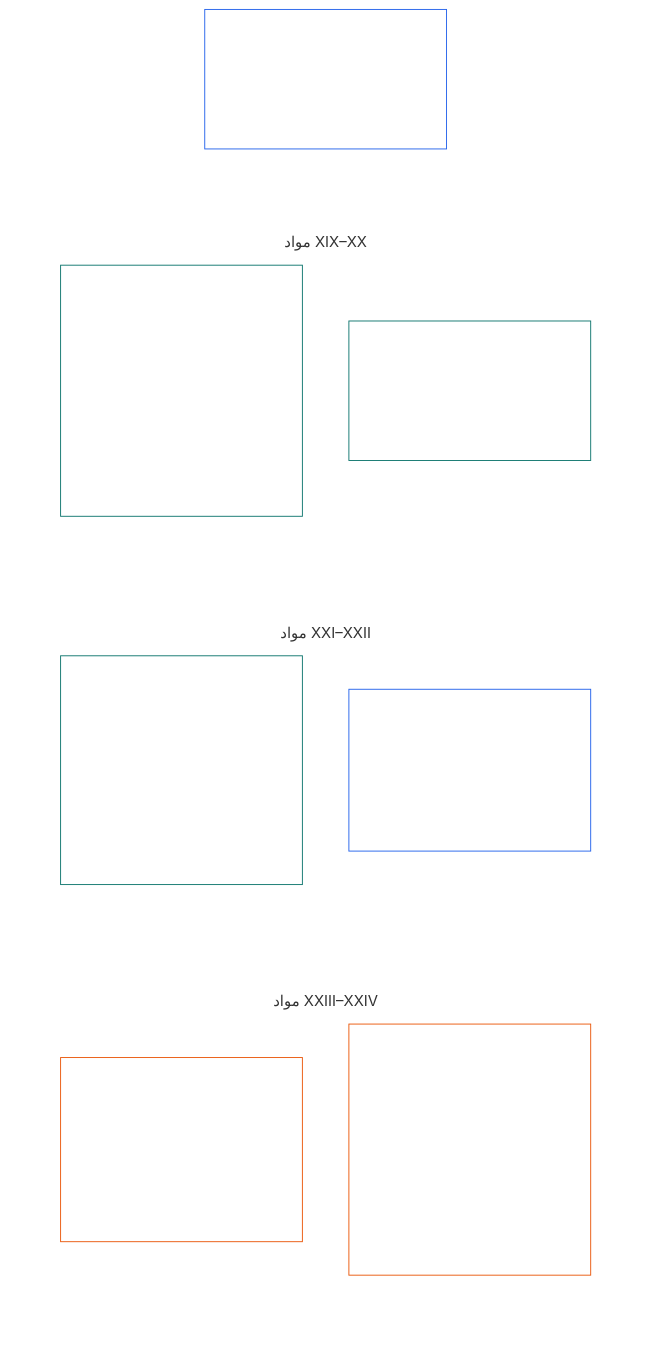
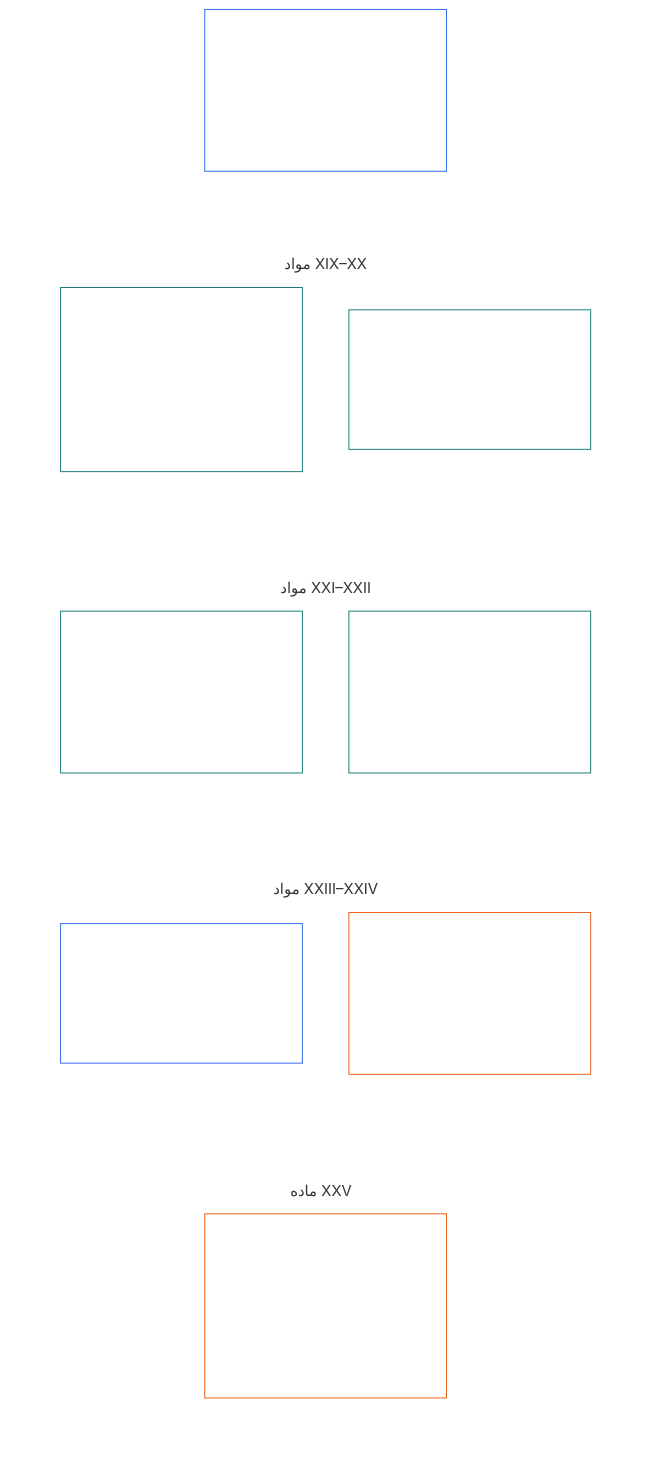
One commit to kfoelsch/Sentient_Constitution changed the diagram in translations/fa/core_06_rights_part_d.md. Above: the diagram before and after it, drawn with Mermaid. The commit also changed other lines of this file and 353 other files, not shown here.

````diff
--- a/translations/fa/core_06_rights_part_d.md
+++ b/translations/fa/core_06_rights_part_d.md
@@ -40,36 +40,42 @@
 ```mermaid
 flowchart TB
-    D0["بخش د<br/><br/>جایگاه، عدالت، تعامل‌پذیری،<br/>فهم‌پذیری، بازبینی ریشه‌ای و تفسیر قانون اساسی"]
+    D0["Part D<br/><br/>جایگاه، عدالت، تعامل‌پذیری، جابه‌جایی و پناه، فهم‌پذیری، تحلیل ریشه‌ای و تفسیر قانون اساسی"]
     subgraph Dgrid[" "]
         direction TB
         subgraph Drow1["مواد XIX–XX"]
-            D1["ماده XIX · جایگاه و وضعیت مشارکت<br/><br/>• تمایزهای جایگاه<br/>• اعتراض‌پذیری و حدود محدودیت<br/>• احراز صلاحیت مسیر نام‌گذاری‌شده، مسئولیت و ممیزی<br/>• جابه‌جایی، پناه و بی‌تابعیتی"]
-            D2["ماده XX · عدالت پس از تخلف احرازشده<br/><br/>• هدف و دامنهٔ عدالت<br/>• کف‌های محدودیت"]
+            D1["ماده XIX · جایگاه و وضعیت مشارکت<br/><br/>• تمایز وضعیت؛ اعتراض‌پذیری و حدود؛ صلاحیت، تخلف و قفل؛ رأی و قفل‌های ویژه"]
+            D2["ماده XX · عدالت پس از تخلف احرازشده<br/><br/>• هدف و دامنهٔ عدالت؛ کف‌های محدودیت"]
         end
         subgraph Drow2["مواد XXI–XXII"]
-            D3["ماده XXI · تعامل‌پذیری، انتقال‌پذیری، جابه‌جایی، پناه و یکپارچگی خروج<br/><br/>• انتقال‌پذیری<br/>• تعامل‌پذیری متقابل<br/>• ضد قفل‌شدگی<br/>• جابه‌جایی، مهاجرت، پناه و بی‌تابعیتی"]
-            D4["ماده XXII · فهم‌پذیری و سرپرستی پیچیدگی<br/><br/>• فهم‌پذیری متناسب<br/>• ممیزی پیچیدگی و ماژولار بودن"]
+            D3["ماده XXI · تعامل‌پذیری، انتقال‌پذیری و یکپارچگی خروج<br/><br/>• انتقال‌پذیری؛ تعامل‌پذیری متقابل؛ ضد قفل‌شدگی؛ قالب‌ها و استانداردهای باز"]
+            D4["ماده XXII · جابه‌جایی، پناه و منع بی‌تابعیتی<br/><br/>• جابه‌جایی؛ پناه؛ منع بی‌تابعیتی؛ محدودیت، بازداشت و وضعیت اضطراری"]
         end
         subgraph Drow3["مواد XXIII–XXIV"]
-            D5["ماده XXIII · تحلیل علت ریشه‌ای و پاسخ انطباقی<br/><br/>• دقت تشخیصی و انتساب علّی<br/>• ممیزی‌پذیری، اعتراض و ترجیح برگشت‌پذیری"]
-            D6["ماده XXIV · تفسیر قانون اساسی، بازبینی و تدابیر ضد تسخیر<br/><br/>• مأموریت تفسیری محدود<br/>• ترکیب، چرخش و کنترل تعارض<br/>• دلایل علنی، حق اعتراض و بازبینی بیرونی<br/>• عزل و منع تثبیت"]
+            D5["ماده XXIII · فهم‌پذیری و سرپرستی پیچیدگی<br/><br/>• فهم‌پذیری متناسب؛ ممیزی پیچیدگی و ماژولار بودن"]
+            D6["ماده XXIV · تحلیل علت ریشه‌ای و پاسخ تطبیقی<br/><br/>• تشخیص؛ انتساب علّی؛ ممیزی‌پذیری، اعتراض و بازگشت‌پذیری"]
+        end
+        subgraph Drow4["ماده XXV"]
+            D7["ماده XXV · تفسیر قانون اساسی، بازبینی و تدابیر حفاظتی ضدتسخیر<br/><br/>• مأموریت محدود؛ استقلال و بازبینی بیرونی؛ عزل و منع تثبیت"]
         end
     end
-    %% Invisible links force a two-wide grid: each link puts its target one level down.
+    %% Invisible links place the cards in the source reading order.
     D0 ~~~ D1 & D2
     D1 ~~~ D3
     D2 ~~~ D4
     D3 ~~~ D5
     D4 ~~~ D6
+    D5 & D6 ~~~ D7
     style Dgrid fill:none,stroke:none
     style Drow1 fill:none,stroke:none
     style Drow2 fill:none,stroke:none
     style Drow3 fill:none,stroke:none
+    style Drow4 fill:none,stroke:none
     style D0 fill:none,stroke:#2563eb,color:#ffffff
     style D1 fill:none,stroke:#0f766e,color:#ffffff
     style D2 fill:none,stroke:#0f766e,color:#ffffff
     style D3 fill:none,stroke:#0f766e,color:#ffffff
-    style D4 fill:none,stroke:#2563eb,color:#ffffff
-    style D5 fill:none,stroke:#ea580c,color:#ffffff
+    style D4 fill:none,stroke:#0f766e,color:#ffffff
+    style D5 fill:none,stroke:#2563eb,color:#ffffff
     style D6 fill:none,stroke:#ea580c,color:#ffffff
+    style D7 fill:none,stroke:#ea580c,color:#ffffff
 ```
````
